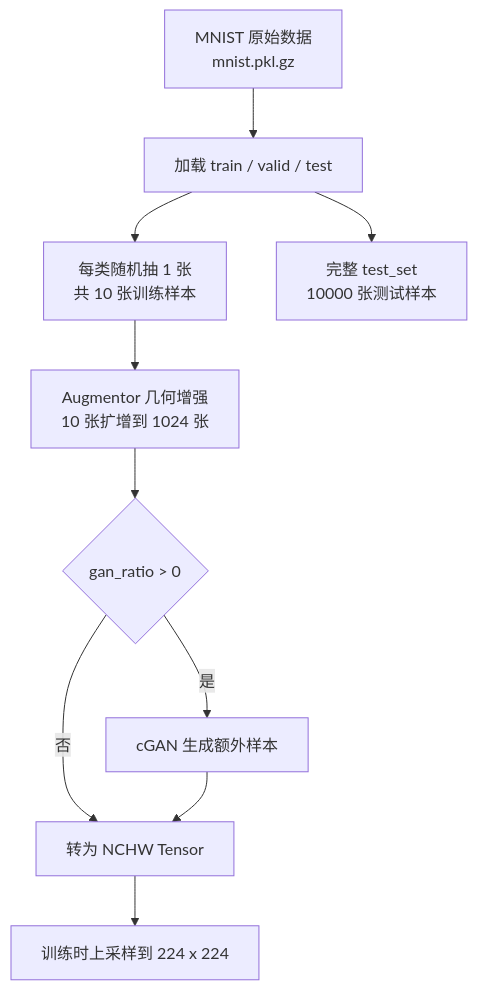
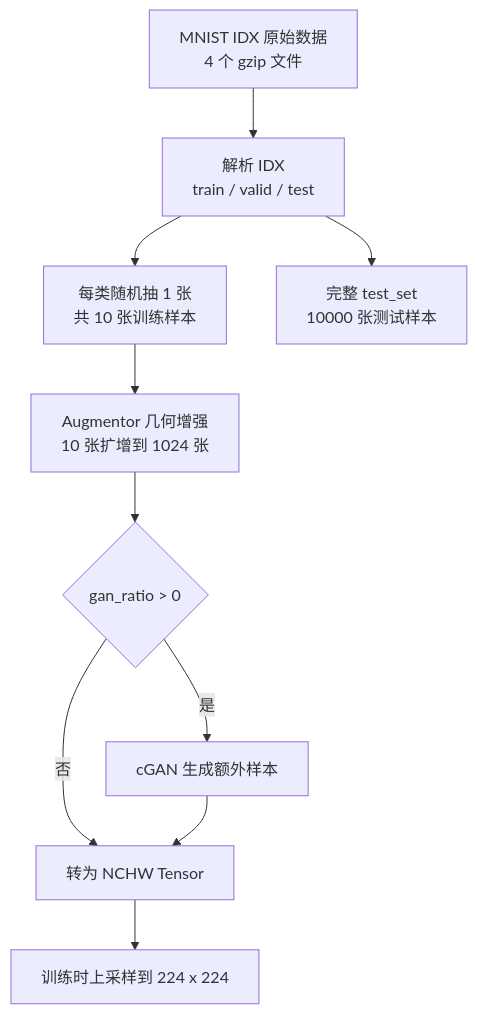
One commit to AI-Huang/ml-mnist-one-shot changed the diagram in docs/RMNIST.md. Above: the diagram before and after it, drawn with Mermaid. The commit also changed other lines of this file and 6 other files, not shown here.

````diff
--- a/docs/RMNIST.md
+++ b/docs/RMNIST.md
@@ -144,12 +113,12 @@
 ```mermaid
 flowchart TD
-    A["MNIST 原始数据<br/>mnist.pkl.gz"] --> B["加载 train / valid / test"]
+    A["MNIST IDX 原始数据<br/>4 个 gzip 文件"] --> B["解析 IDX<br/>train / valid / test"]
     B --> C["每类随机抽 1 张<br/>共 10 张训练样本"]
     C --> D["Augmentor 几何增强<br/>10 张扩增到 1024 张"]
     D --> E{"gan_ratio > 0"}
     E -- 是 --> F["cGAN 生成额外样本"]
     E -- 否 --> G["转为 NCHW Tensor"]
     F --> G
     G --> H["训练时上采样到 224 x 224"]
     B --> I["完整 test_set<br/>10000 张测试样本"]
 ```
````
